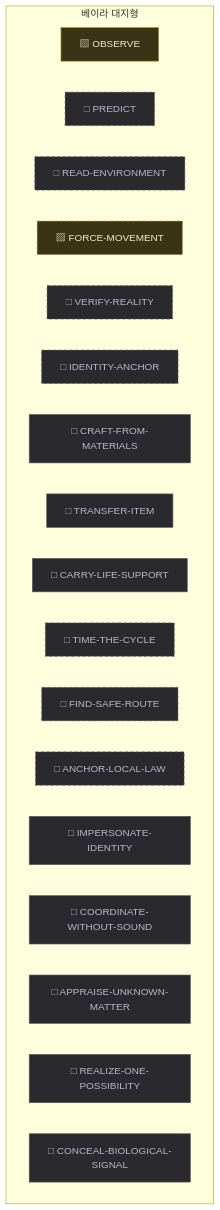
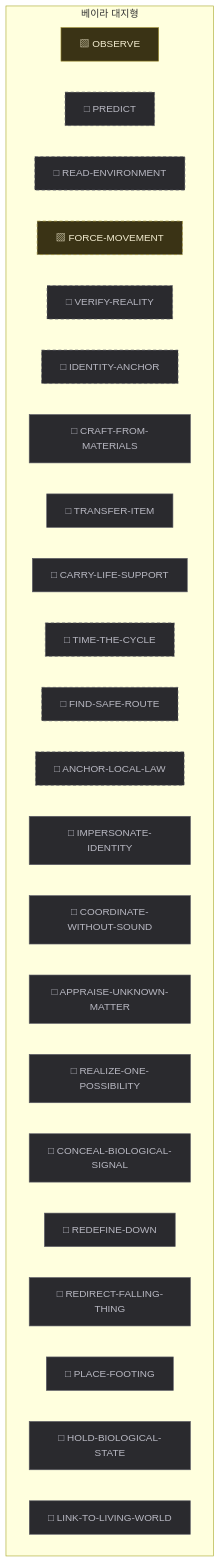
Diagram 13 of 17 in HktAdvProtoH/content/proto-adventure/master/graph/GRAPH.md (dkwkekzz/HktFramework), drawn with Mermaid before and after one commit. The commit also changed other lines of this file and 16 other files, not shown here.

````diff
--- a/HktAdvProtoH/content/proto-adventure/master/graph/GRAPH.md
+++ b/HktAdvProtoH/content/proto-adventure/master/graph/GRAPH.md
@@ -516,33 +531,38 @@
 ```mermaid
 flowchart TB
   subgraph SEGBASE ["베이라 대지형"]
     N0["▨ OBSERVE"]
     N1["□ PREDICT"]
     N2["□ READ-ENVIRONMENT"]
     N3["▨ FORCE-MOVEMENT"]
     N4["□ VERIFY-REALITY"]
     N5["□ IDENTITY-ANCHOR"]
     N6["□ CRAFT-FROM-MATERIALS"]
     N7["□ TRANSFER-ITEM"]
     N8["□ CARRY-LIFE-SUPPORT"]
     N9["□ TIME-THE-CYCLE"]
     N10["□ FIND-SAFE-ROUTE"]
     N11["□ ANCHOR-LOCAL-LAW"]
     N12["□ IMPERSONATE-IDENTITY"]
     N13["□ COORDINATE-WITHOUT-SOUND"]
     N14["□ APPRAISE-UNKNOWN-MATTER"]
     N15["□ REALIZE-ONE-POSSIBILITY"]
     N16["□ CONCEAL-BIOLOGICAL-SIGNAL"]
+    N17["□ REDEFINE-DOWN"]
+    N18["□ REDIRECT-FALLING-THING"]
+    N19["□ PLACE-FOOTING"]
+    N20["□ HOLD-BIOLOGICAL-STATE"]
+    N21["□ LINK-TO-LIVING-WORLD"]
   end
 
   classDef impl fill:#16351f,stroke:#3f8a52,color:#d8f2df;
   classDef part fill:#3a3315,stroke:#9a8a2e,color:#f2ecd0;
   classDef miss fill:#2a2a2e,stroke:#5c5c66,color:#b8b8c2;
   classDef implS fill:#16351f,stroke:#3f8a52,color:#d8f2df,stroke-dasharray:5 4;
   classDef partS fill:#3a3315,stroke:#9a8a2e,color:#f2ecd0,stroke-dasharray:5 4;
   classDef missS fill:#2a2a2e,stroke:#5c5c66,color:#b8b8c2,stroke-dasharray:5 4;
   class N0 part;
-  class N6,N7,N8,N12,N13,N14,N15,N16 miss;
+  class N6,N7,N8,N12,N13,N14,N15,N16,N17,N18,N19,N20,N21 miss;
   class N3 partS;
   class N1,N2,N4,N5,N9,N10,N11 missS;
 ```
````
